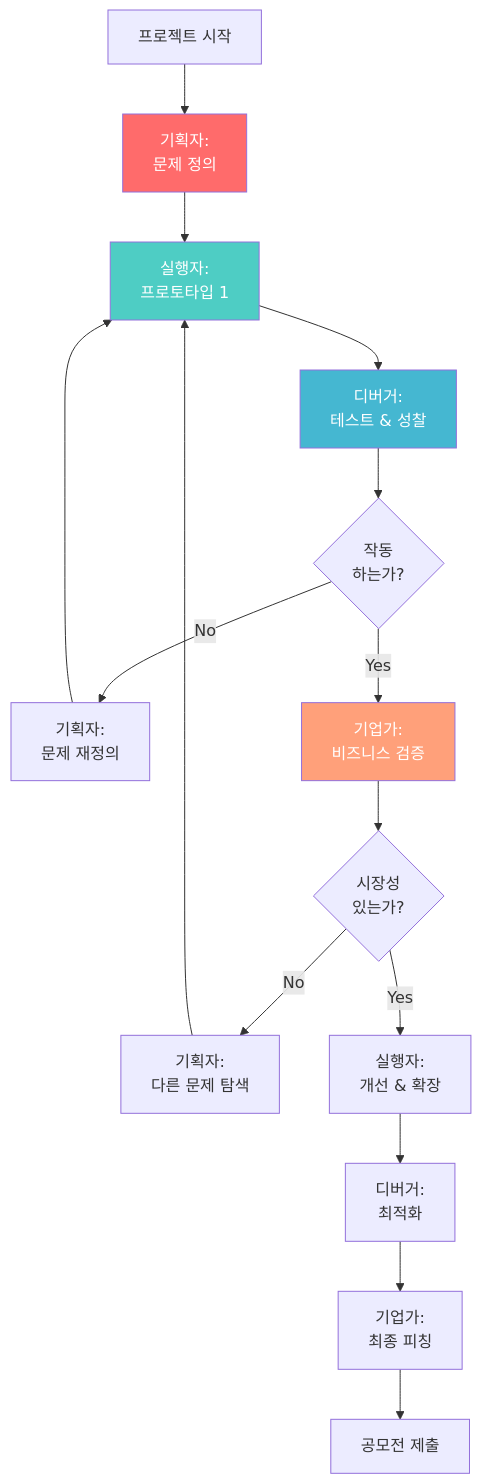
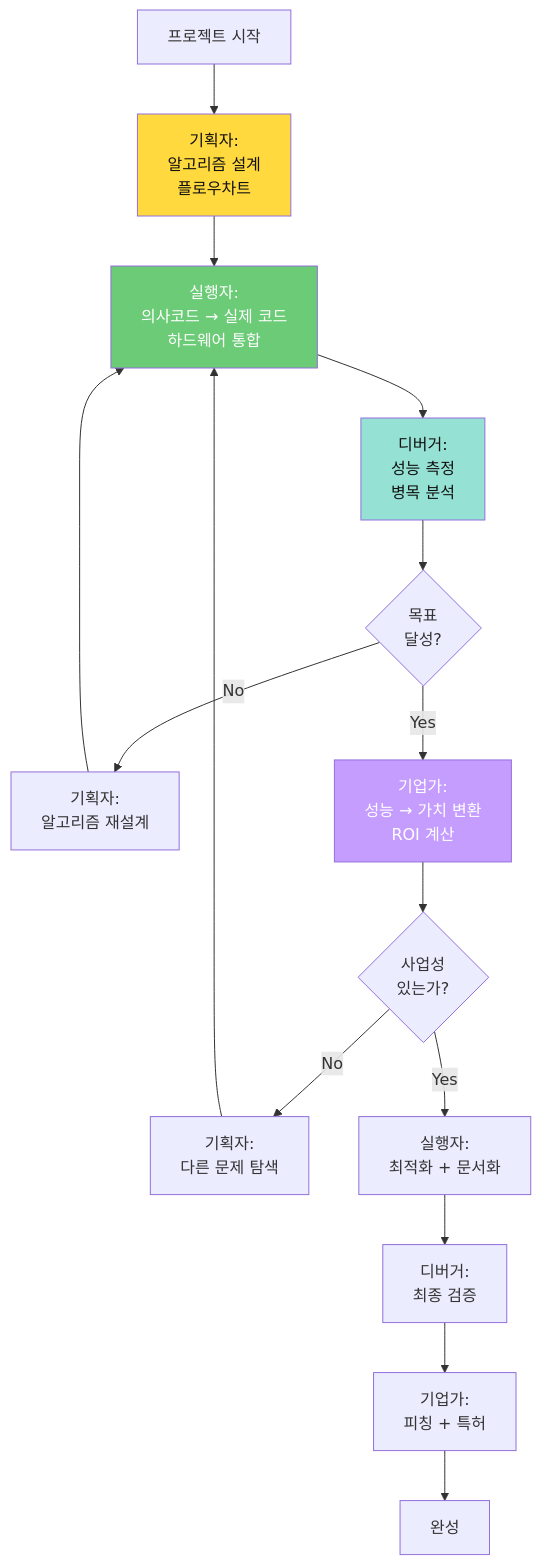
One commit to Collegenie-X/Smart_Factory_Arms_Project changed the tenth of 10 diagrams in docs/03_바이브_코딩_가이드.md. Above: the diagram before and after it, drawn with Mermaid. The commit also changed other lines of this file and 17 other files, not shown here.

````diff
--- a/docs/03_바이브_코딩_가이드.md
+++ b/docs/03_바이브_코딩_가이드.md
@@ -654,33 +788,33 @@
 ```mermaid
 graph TD
-    START[프로젝트 시작] --> V1[기획자:<br/>문제 정의]
+    START[프로젝트 시작] --> V1[기획자:<br/>알고리즘 설계<br/>플로우차트]
     
-    V1 --> I1[실행자:<br/>프로토타입 1]
+    V1 --> I1[실행자:<br/>의사코드 → 실제 코드<br/>하드웨어 통합]
     
-    I1 --> B1[디버거:<br/>테스트 & 성찰]
+    I1 --> B1[디버거:<br/>성능 측정<br/>병목 분석]
     
-    B1 --> D1{작동<br/>하는가?}
+    B1 --> D1{목표<br/>달성?}
     
-    D1 -->|No| V2[기획자:<br/>문제 재정의]
+    D1 -->|No| V2[기획자:<br/>알고리즘 재설계]
     V2 --> I1
     
-    D1 -->|Yes| E1[기업가:<br/>비즈니스 검증]
+    D1 -->|Yes| E1[기업가:<br/>성능 → 가치 변환<br/>ROI 계산]
     
-    E1 --> D2{시장성<br/>있는가?}
+    E1 --> D2{사업성<br/>있는가?}
     
     D2 -->|No| V3[기획자:<br/>다른 문제 탐색]
     V3 --> I1
     
-    D2 -->|Yes| I2[실행자:<br/>개선 & 확장]
+    D2 -->|Yes| I2[실행자:<br/>최적화 + 문서화]
     
-    I2 --> B2[디버거:<br/>최적화]
+    I2 --> B2[디버거:<br/>최종 검증]
     
-    B2 --> E2[기업가:<br/>최종 피칭]
+    B2 --> E2[기업가:<br/>피칭 + 특허]
     
-    E2 --> END[공모전 제출]
+    E2 --> END[완성]
     
-    style V1 fill:#FF6B6B,color:#fff
-    style I1 fill:#4ECDC4,color:#fff
-    style B1 fill:#45B7D1,color:#fff
-    style E1 fill:#FFA07A,color:#fff
+    style V1 fill:#FFD93D,color:#111
+    style I1 fill:#6BCB77,color:#fff
+    style B1 fill:#95E1D3,color:#111
+    style E1 fill:#C59DFF,color:#fff
 ```
````
